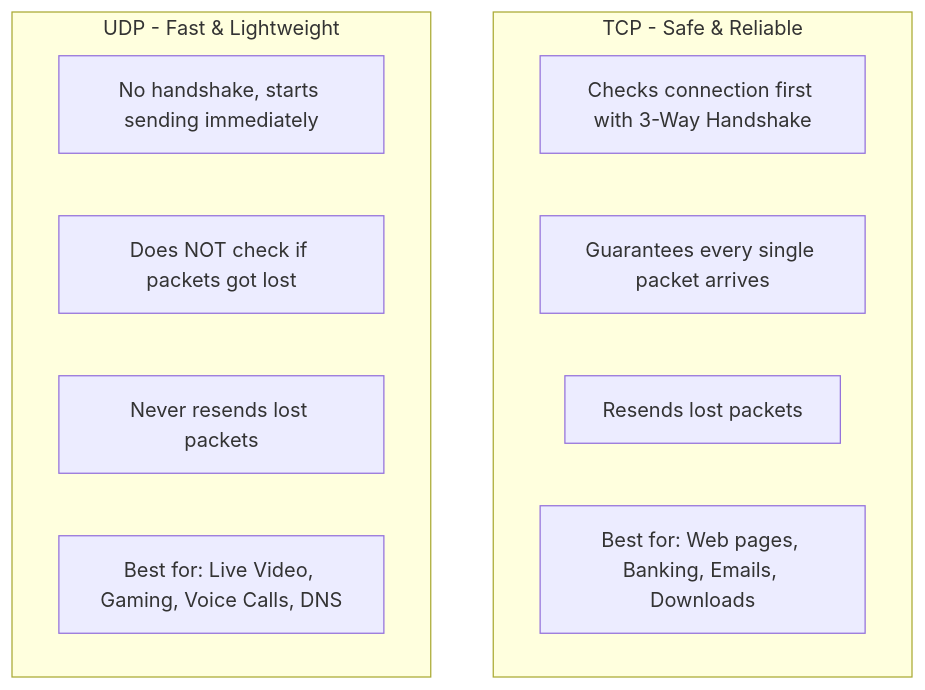
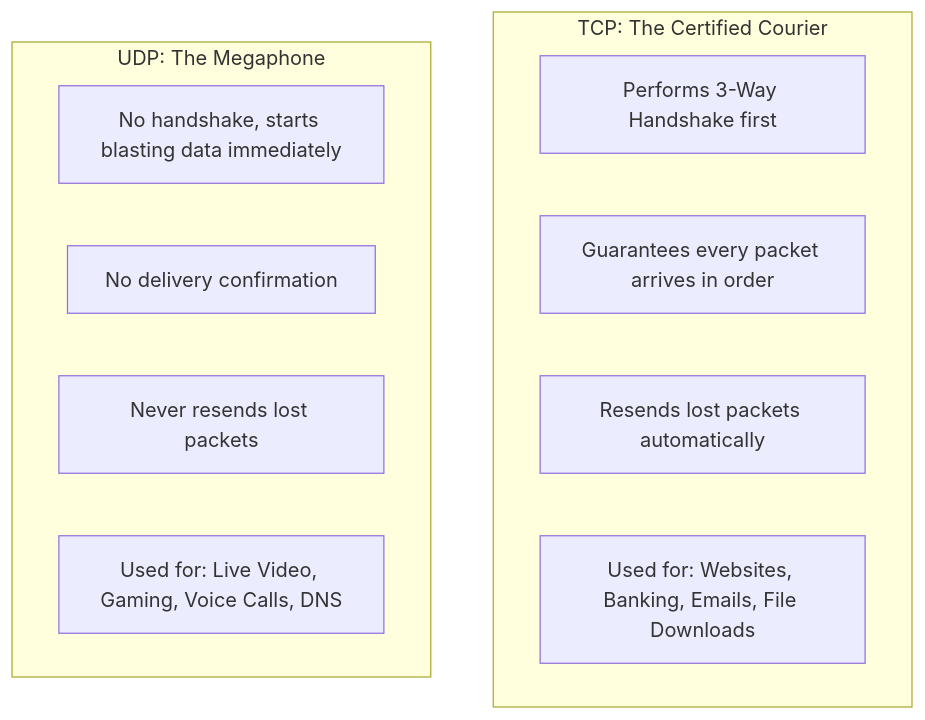
One commit to Sujalkathait/high-level-design changed the fifth of 21 diagrams in README.md. Above: the diagram before and after it, drawn with Mermaid. The commit also changed other lines of this file, not shown here.

````diff
--- a/README.md
+++ b/README.md
@@ -239,15 +170,16 @@
 ```mermaid
 graph TD
-    subgraph TCP [TCP - Safe & Reliable]
-        T1[Checks connection first with 3-Way Handshake]
-        T2[Guarantees every single packet arrives]
-        T3[Resends lost packets]
-        T4[Best for: Web pages, Banking, Emails, Downloads]
+    subgraph TCP [TCP: The Certified Courier]
+        T1[Performs 3-Way Handshake first]
+        T2[Guarantees every packet arrives in order]
+        T3[Resends lost packets automatically]
+        T4[Used for: Websites, Banking, Emails, File Downloads]
     end
-    subgraph UDP [UDP - Fast & Lightweight]
-        U1[No handshake, starts sending immediately]
-        U2[Does NOT check if packets got lost]
+
+    subgraph UDP [UDP: The Megaphone]
+        U1[No handshake, starts blasting data immediately]
+        U2[No delivery confirmation]
         U3[Never resends lost packets]
-        U4[Best for: Live Video, Gaming, Voice Calls, DNS]
+        U4[Used for: Live Video, Gaming, Voice Calls, DNS]
     end
 ```
````
